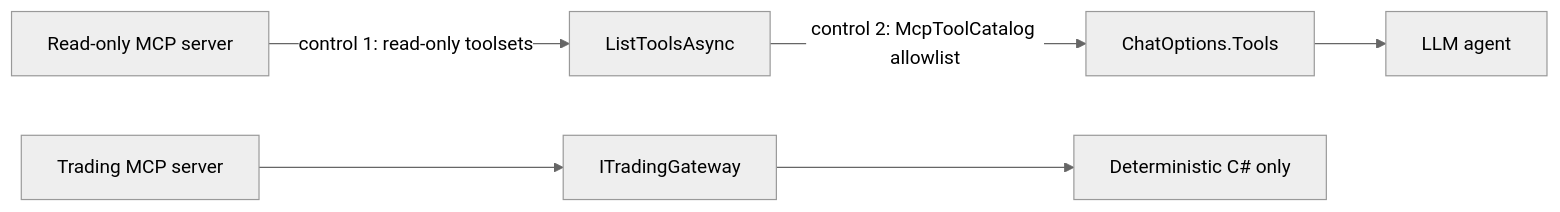
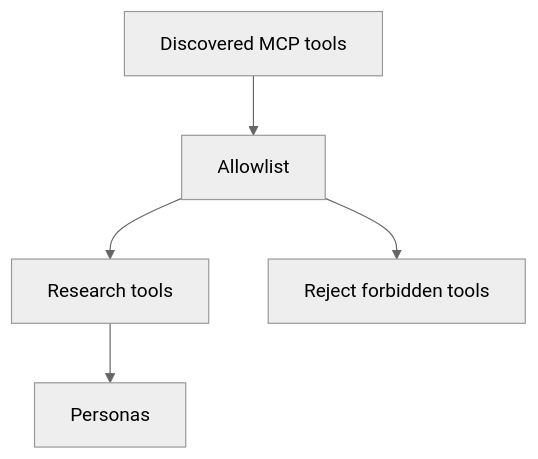
Before and after one commit to xakpc/Alpaca.NoIdea: the diagram in .lode/llm/tool-policy.md, drawn with Mermaid (neutral theme). The commit also changed other lines of this file and 99 other files, not shown here.

````diff
--- a/.lode/llm/tool-policy.md
+++ b/.lode/llm/tool-policy.md
@@ -54,8 +6,7 @@
 ```mermaid
-flowchart LR
-    S[Read-only MCP server] -->|control 1: read-only toolsets| L[ListToolsAsync]
-    L -->|control 2: McpToolCatalog allowlist| C[ChatOptions.Tools]
-    C --> M[LLM agent]
-    T[Trading MCP server] --> G[ITradingGateway]
-    G --> E[Deterministic C# only]
+flowchart TD
+    D[Discovered MCP tools] --> A[Allowlist]
+    A --> R[Research tools]
+    A --> X[Reject forbidden tools]
+    R --> P[Personas]
 ```
````
